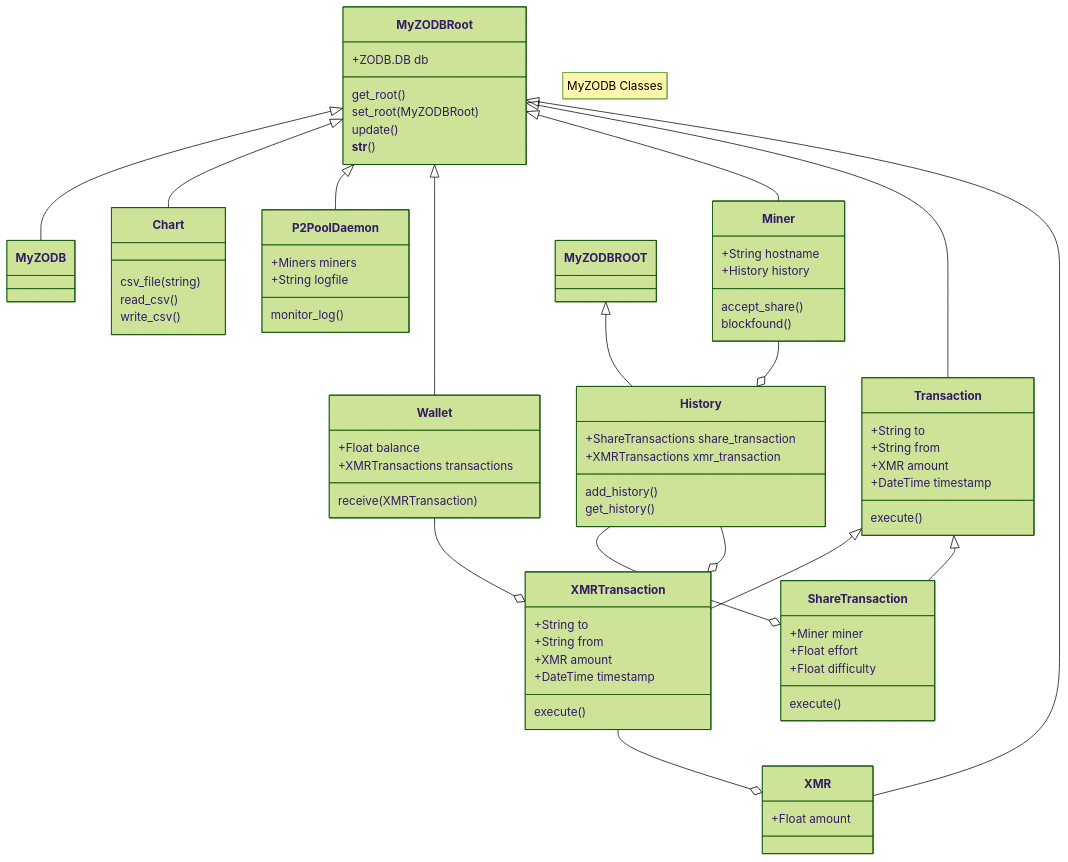
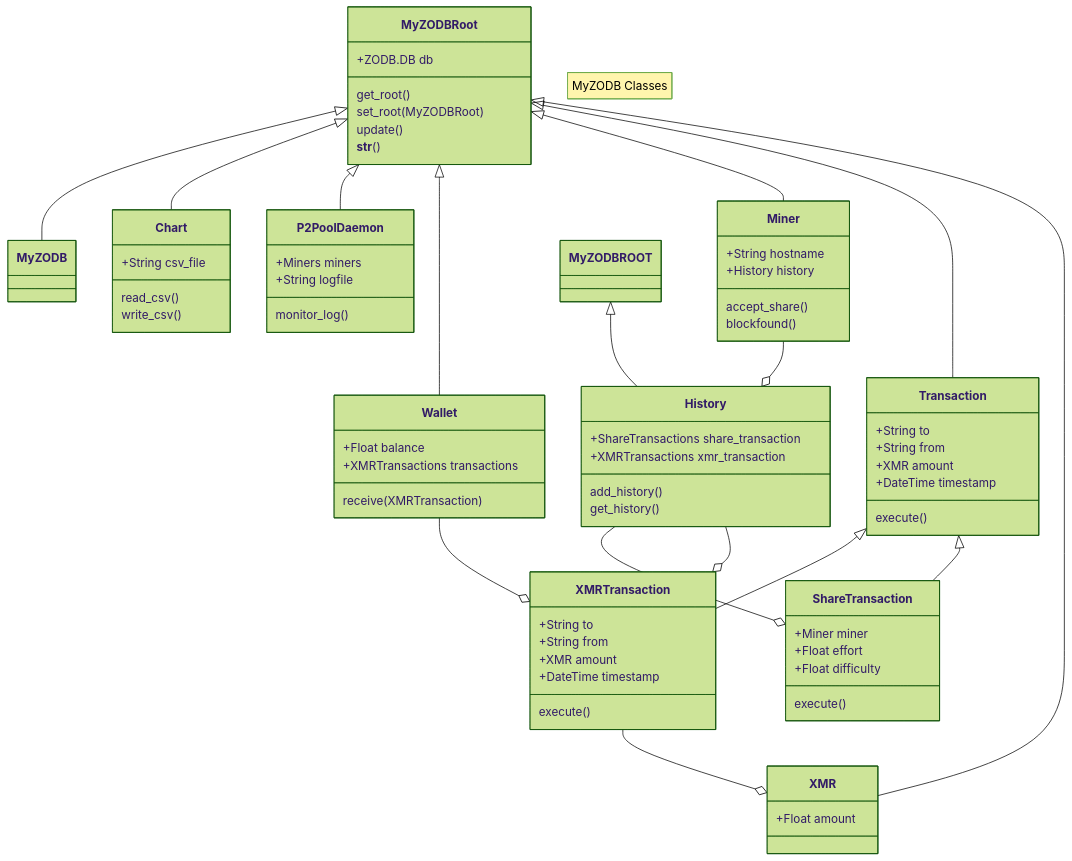
One commit to NadimGhaznavi/myzodb changed the diagram in _posts/2024-06-02-Class-Hierarchy.md. Above: the diagram before and after it, drawn with Mermaid (forest theme).

```diff
--- a/_posts/2024-06-02-Class-Hierarchy.md
+++ b/_posts/2024-06-02-Class-Hierarchy.md
@@ -8,78 +8,77 @@
 <pre class="mermaid">
-    classDiagram
-    note "MyZODB Classes"
-    MyZODBRoot <|-- XMR
-    MyZODBRoot <|-- Transaction
-    Transaction <|-- ShareTransaction
-    Transaction <|-- XMRTransaction
-    MyZODBRoot <|-- Miner
-    MyZODBRoot <|-- Wallet
-    MyZODBRoot <|-- P2PoolDaemon
-    MyZODBRoot <|-- Chart
-    MyZODBRoot <|-- MyZODB
-    MyZODBROOT <|-- History
-    Miner --o History
-    History --o XMRTransaction
-    History --o ShareTransaction
-    XMRTransaction --o XMR
-    Wallet --o XMRTransaction
+  classDiagram
+  note "MyZODB Classes"
+  MyZODBRoot <|-- XMR
+  MyZODBRoot <|-- Transaction
+  Transaction <|-- ShareTransaction
+  Transaction <|-- XMRTransaction
+  MyZODBRoot <|-- Miner
+  MyZODBRoot <|-- Wallet
+  MyZODBRoot <|-- P2PoolDaemon
+  MyZODBRoot <|-- Chart
+  MyZODBRoot <|-- MyZODB
+  MyZODBROOT <|-- History
+  Miner --o History
+  History --o XMRTransaction
+  History --o ShareTransaction
+  XMRTransaction --o XMR
+  Wallet --o XMRTransaction
 
-    class Chart{
-        csv_file (string)
-        read_csv()
-        write_csv()
-    }
-    class History{
-        +ShareTransactions share_transaction
-        +XMRTransactions xmr_transaction
-        add_history()
-        get_history()
-    }
-    class Miner{
-        +String hostname
-        +History history
-        accept_share()
-        blockfound()
-    }
-    class MyZODBRoot{
-        +ZODB.DB db
-        get_root()
-        set_root(MyZODBRoot)
-        update()
-        __str__()
-    }
-    class P2PoolDaemon{
-        +Miners miners
-        +String logfile
-        monitor_log()
-    }
-    class ShareTransaction{
-        +Miner miner
-        +Float effort
-        +Float difficulty
-        execute()
-    }
-    class Transaction{
-        +String to
-        +String from
-        +XMR amount
-        +DateTime timestamp
-        execute()
-    }
-    class Wallet{
-        +Float balance
-        +XMRTransactions transactions
-        receive(XMRTransaction)
-    }
-    class XMR{
-        +Float amount
-    }
-    class XMRTransaction{
-        +String to
-        +String from
-        +XMR amount
-        +DateTime timestamp
-        execute()
-
-    }
+  class Chart{
+    +String csv_file
+    read_csv()
+    write_csv()
+  }
+  class History{
+    +ShareTransactions share_transaction
+    +XMRTransactions xmr_transaction
+    add_history()
+    get_history()
+  }
+  class Miner{
+    +String hostname
+    +History history
+    accept_share()
+    blockfound()
+  }
+  class MyZODBRoot{
+    +ZODB.DB db
+    get_root()
+    set_root(MyZODBRoot)
+    update()
+    __str__()
+  }
+  class P2PoolDaemon{
+    +Miners miners
+    +String logfile
+    monitor_log()
+  }
+  class ShareTransaction{
+    +Miner miner
+    +Float effort
+    +Float difficulty
+    execute()
+  }
+  class Transaction{
+    +String to
+    +String from
+    +XMR amount
+    +DateTime timestamp
+    execute()
+  }
+  class Wallet{
+    +Float balance
+    +XMRTransactions transactions
+    receive(XMRTransaction)
+  }
+  class XMR{
+    +Float amount
+  }
+  class XMRTransaction{
+    +String to
+    +String from
+    +XMR amount
+    +DateTime timestamp
+    execute()
+  }
 </pre>
```
